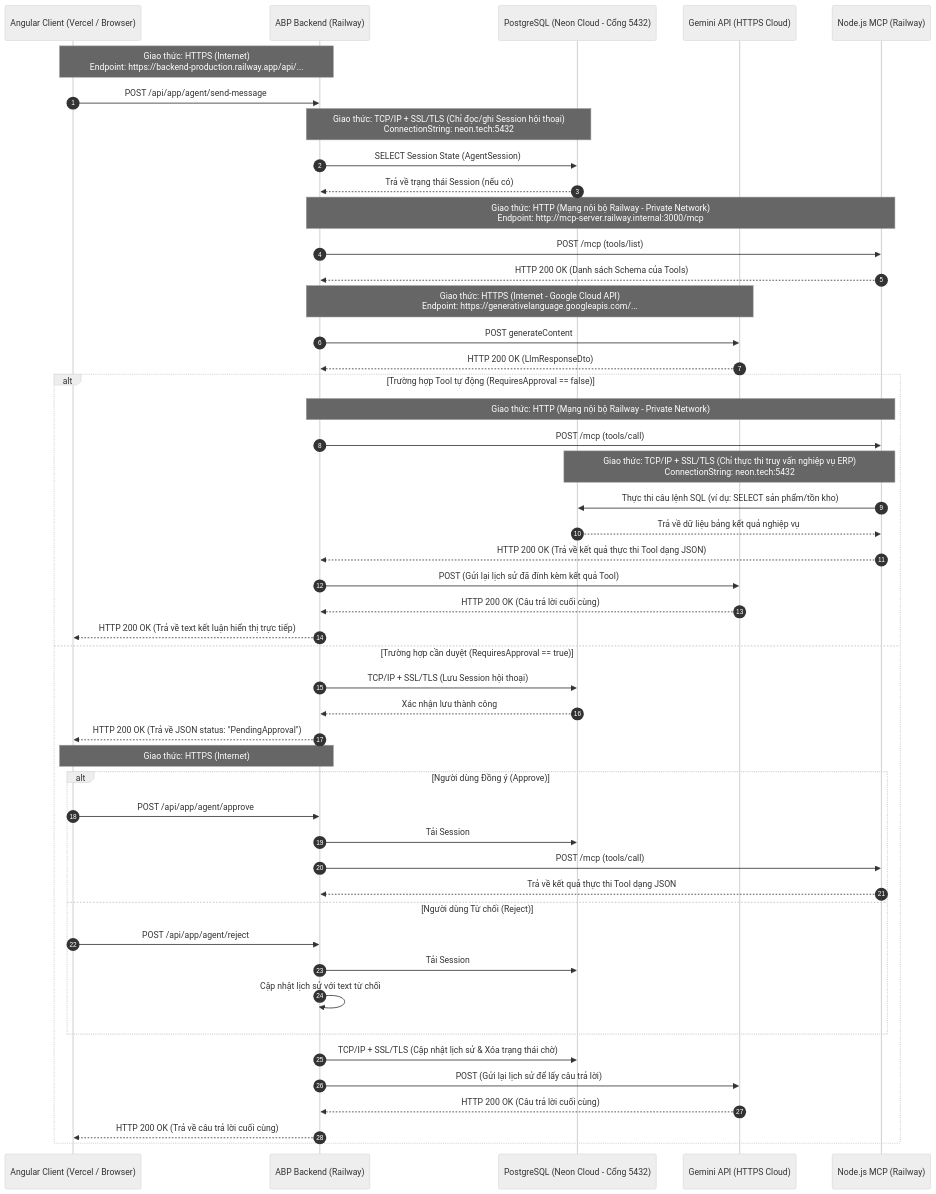
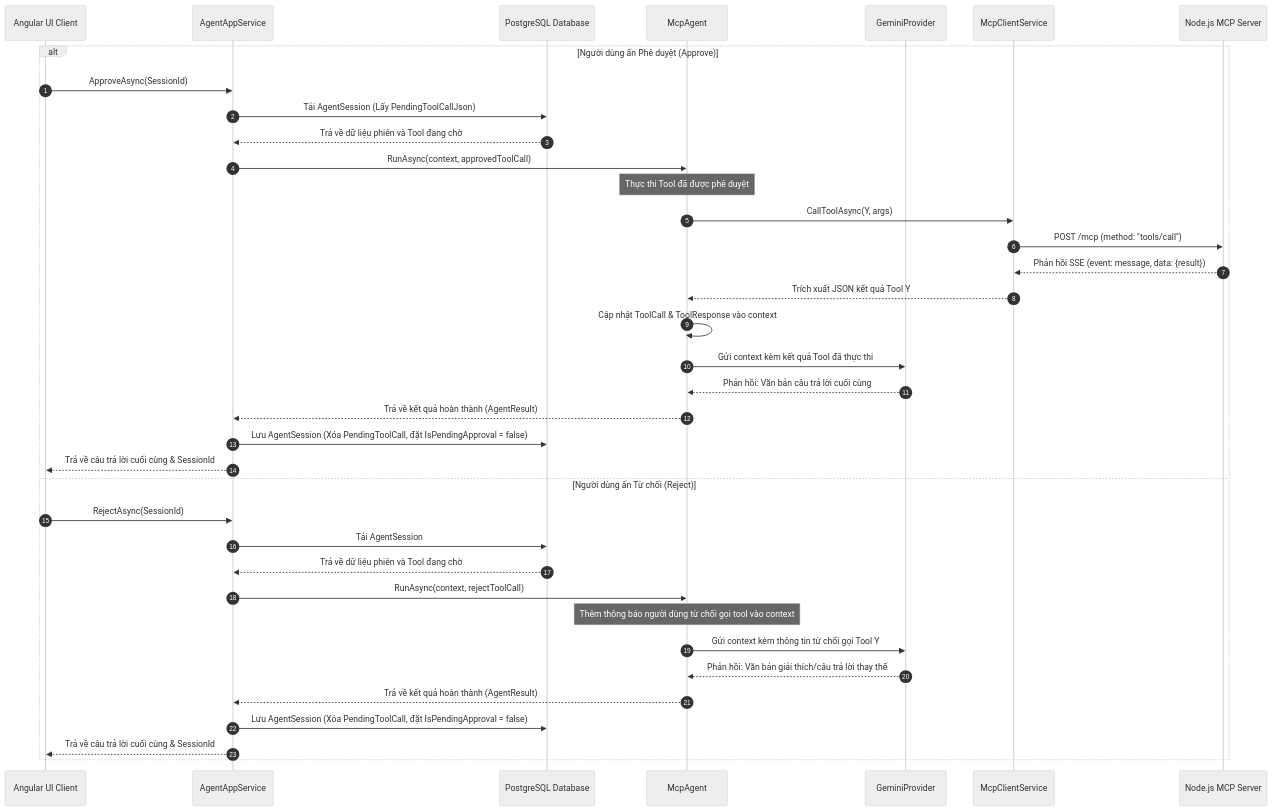
One commit to hphucdev-04/SupplyCoreERP changed the sixth of 6 diagrams in docs/superpowers/specs/2026-06-04-mcp-client-redesign.md. Above: the diagram before and after it, drawn with Mermaid (neutral theme). The commit also changed other lines of this file and 44 other files, not shown here.

Commit message:
refactor(mcp.server): use Streamable HTTP Transport

````diff
--- a/docs/superpowers/specs/2026-06-04-mcp-client-redesign.md
+++ b/docs/superpowers/specs/2026-06-04-mcp-client-redesign.md
@@ -251,61 +209,48 @@
 ```mermaid
 sequenceDiagram
     autonumber
-    participant Angular as Angular Client (Vercel / Browser)
-    participant C_Sharp as ABP Backend (Railway)
-    participant Database as PostgreSQL (Neon Cloud - Cổng 5432)
-    participant Gemini as Gemini API (HTTPS Cloud)
-    participant McpServer as Node.js MCP (Railway)
+    participant UI as Angular UI Client
+    participant AppSrv as AgentAppService
+    participant DB as PostgreSQL Database
+    participant Agent as McpAgent
+    participant LLM as GeminiProvider
+    participant Client as McpClientService
+    participant Server as Node.js MCP Server
 
-    Note over Angular, C_Sharp: Giao thức: HTTPS (Internet)<br>Endpoint: https://backend-production.railway.app/api/...
-    Angular->>C_Sharp: POST /api/app/agent/send-message
-    
-    Note over C_Sharp, Database: Giao thức: TCP/IP + SSL/TLS (Chỉ đọc/ghi Session hội thoại)<br>ConnectionString: neon.tech:5432
-    C_Sharp->>Database: SELECT Session State (AgentSession)
-    Database-->>C_Sharp: Trả về trạng thái Session (nếu có)
-    
-    Note over C_Sharp, McpServer: Giao thức: HTTP (Mạng nội bộ Railway - Private Network)<br>Endpoint: http://mcp-server.railway.internal:3000/mcp
-    C_Sharp->>McpServer: POST /mcp (tools/list)
-    McpServer-->>C_Sharp: HTTP 200 OK (Danh sách Schema của Tools)
-    
-    Note over C_Sharp, Gemini: Giao thức: HTTPS (Internet - Google Cloud API)<br>Endpoint: https://generativelanguage.googleapis.com/...
-    C_Sharp->>Gemini: POST generateContent
-    Gemini-->>C_Sharp: HTTP 200 OK (LlmResponseDto)
-
-    alt Trường hợp Tool tự động (RequiresApproval == false)
-        Note over C_Sharp, McpServer: Giao thức: HTTP (Mạng nội bộ Railway - Private Network)
-        C_Sharp->>McpServer: POST /mcp (tools/call)
+    alt Người dùng ấn Phê duyệt (Approve)
+        UI->>AppSrv: ApproveAsync(SessionId)
+        AppSrv->>DB: Tải AgentSession (Lấy PendingToolCallJson)
+        DB-->>AppSrv: Trả về dữ liệu phiên và Tool đang chờ
         
-        Note over McpServer, Database: Giao thức: TCP/IP + SSL/TLS (Chỉ thực thi truy vấn nghiệp vụ ERP)<br>ConnectionString: neon.tech:5432
-        McpServer->>Database: Thực thi câu lệnh SQL (ví dụ: SELECT sản phẩm/tồn kho)
-        Database-->>McpServer: Trả về dữ liệu bảng kết quả nghiệp vụ
+        AppSrv->>Agent: RunAsync(context, approvedToolCall)
         
-        McpServer-->>C_Sharp: HTTP 200 OK (Trả về kết quả thực thi Tool dạng JSON)
+        Note over Agent: Thực thi Tool đã được phê duyệt
+        Agent->>Client: CallToolAsync(Y, args)
+        Client->>Server: POST /mcp (method: "tools/call")
+        Server-->>Client: Phản hồi SSE (event: message, data: {result})
+        Client-->>Agent: Trích xuất JSON kết quả Tool Y
+        Agent->>Agent: Cập nhật ToolCall & ToolResponse vào context
         
-        C_Sharp->>Gemini: POST (Gửi lại lịch sử đã đính kèm kết quả Tool)
-        Gemini-->>C_Sharp: HTTP 200 OK (Câu trả lời cuối cùng)
-        C_Sharp-->>Angular: HTTP 200 OK (Trả về text kết luận hiển thị trực tiếp)
+        Agent->>LLM: Gửi context kèm kết quả Tool đã thực thi
+        LLM-->>Agent: Phản hồi: Văn bản câu trả lời cuối cùng
+        Agent-->>AppSrv: Trả về kết quả hoàn thành (AgentResult)
         
-    else Trường hợp cần duyệt (RequiresApproval == true)
-        C_Sharp->>Database: TCP/IP + SSL/TLS (Lưu Session hội thoại)
-        Database-->>C_Sharp: Xác nhận lưu thành công
-        C_Sharp-->>Angular: HTTP 200 OK (Trả về JSON status: "PendingApproval")
+        AppSrv->>DB: Lưu AgentSession (Xóa PendingToolCall, đặt IsPendingApproval = false)
+        AppSrv-->>UI: Trả về câu trả lời cuối cùng & SessionId
         
-        Note over Angular, C_Sharp: Giao thức: HTTPS (Internet)
-        alt Người dùng Đồng ý (Approve)
-            Angular->>C_Sharp: POST /api/app/agent/approve
-            C_Sharp->>Database: Tải Session
-            C_Sharp->>McpServer: POST /mcp (tools/call)
-            McpServer-->>C_Sharp: Trả về kết quả thực thi Tool dạng JSON
-        else Người dùng Từ chối (Reject)
-            Angular->>C_Sharp: POST /api/app/agent/reject
-            C_Sharp->>Database: Tải Session
-            C_Sharp->>C_Sharp: Cập nhật lịch sử với text từ chối
-        end
+    else Người dùng ấn Từ chối (Reject)
+        UI->>AppSrv: RejectAsync(SessionId)
+        AppSrv->>DB: Tải AgentSession
+        DB-->>AppSrv: Trả về dữ liệu phiên và Tool đang chờ
         
-        C_Sharp->>Database: TCP/IP + SSL/TLS (Cập nhật lịch sử & Xóa trạng thái chờ)
-        C_Sharp->>Gemini: POST (Gửi lại lịch sử để lấy câu trả lời)
-        Gemini-->>C_Sharp: HTTP 200 OK (Câu trả lời cuối cùng)
-        C_Sharp-->>Angular: HTTP 200 OK (Trả về câu trả lời cuối cùng)
+        AppSrv->>Agent: RunAsync(context, rejectToolCall)
+        
+        Note over Agent: Thêm thông báo người dùng từ chối gọi tool vào context
+        Agent->>LLM: Gửi context kèm thông tin từ chối gọi Tool Y
+        LLM-->>Agent: Phản hồi: Văn bản giải thích/câu trả lời thay thế
+        Agent-->>AppSrv: Trả về kết quả hoàn thành (AgentResult)
+        
+        AppSrv->>DB: Lưu AgentSession (Xóa PendingToolCall, đặt IsPendingApproval = false)
+        AppSrv-->>UI: Trả về câu trả lời cuối cùng & SessionId
     end
 ```
````
